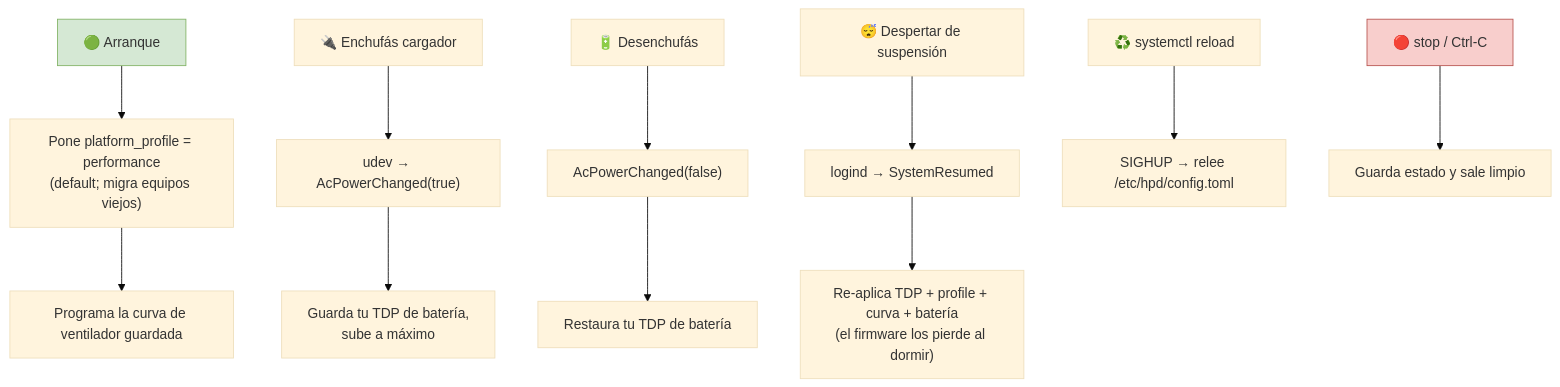
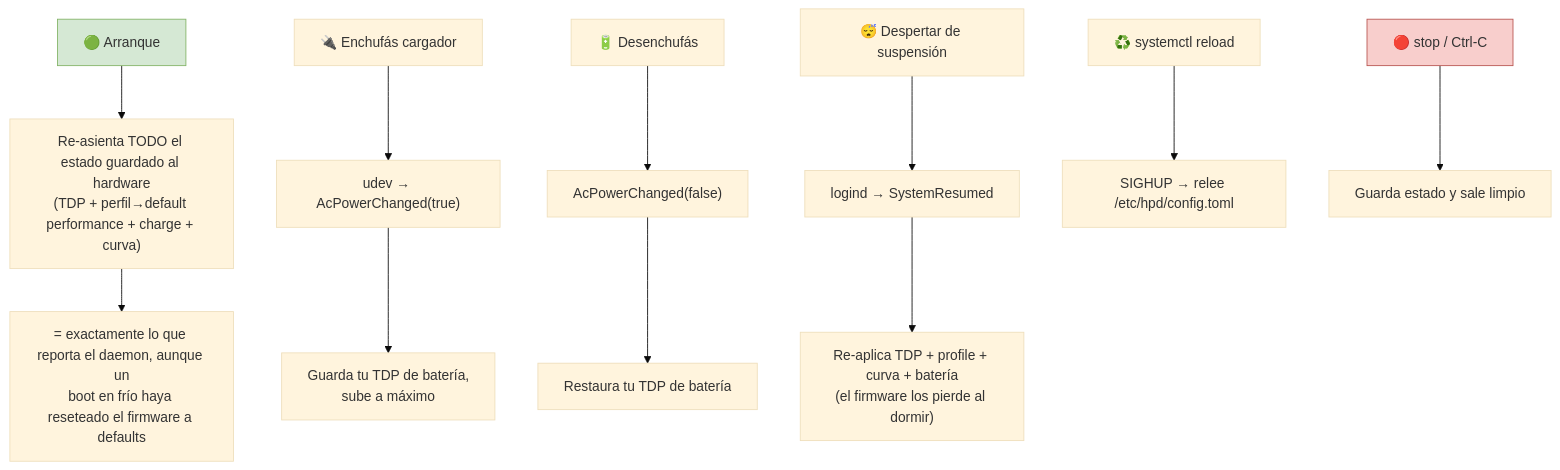
One commit to CiroDev-Git/hpd-handheld-power-daemon changed the fifth of 17 diagrams in docs/DIAGRAMS-es.md. Above: the diagram before and after it, drawn with Mermaid (base theme). The commit also changed 12 other files, not shown here.

First line of the commit message:
Re-assert full state to hardware at boot — state/hardware consistency (2.4.1) (#16)

````diff
--- a/docs/DIAGRAMS-es.md
+++ b/docs/DIAGRAMS-es.md
@@ -132,19 +132,19 @@
 ```mermaid
 flowchart TD
-    BOOT["🟢 Arranque"] --> B1["Pone platform_profile = performance<br/>(default; migra equipos viejos)"]
-    B1 --> B2["Programa la curva de ventilador guardada"]
+    BOOT["🟢 Arranque"] --> B1["Re-asienta TODO el estado guardado al hardware<br/>(TDP + perfil→default performance + charge + curva)"]
+    B1 --> B2["= exactamente lo que reporta el daemon, aunque un<br/>boot en frío haya reseteado el firmware a defaults"]
 
     AC["🔌 Enchufás cargador"] --> AC1["udev → AcPowerChanged(true)"]
     AC1 --> AC2["Guarda tu TDP de batería,<br/>sube a máximo"]
     ACU["🔋 Desenchufás"] --> ACU1["AcPowerChanged(false)"]
     ACU1 --> ACU2["Restaura tu TDP de batería"]
 
     SLEEP["😴 Despertar de suspensión"] --> SL1["logind → SystemResumed"]
     SL1 --> SL2["Re-aplica TDP + profile + curva + batería<br/>(el firmware los pierde al dormir)"]
 
     HUP["♻️ systemctl reload"] --> HUP1["SIGHUP → relee /etc/hpd/config.toml"]
     STOP["🔴 stop / Ctrl-C"] --> STOP1["Guarda estado y sale limpio"]
 
     style BOOT fill:#d5e8d4,stroke:#82b366
     style STOP fill:#f8cecc,stroke:#b85450
 ```
````
